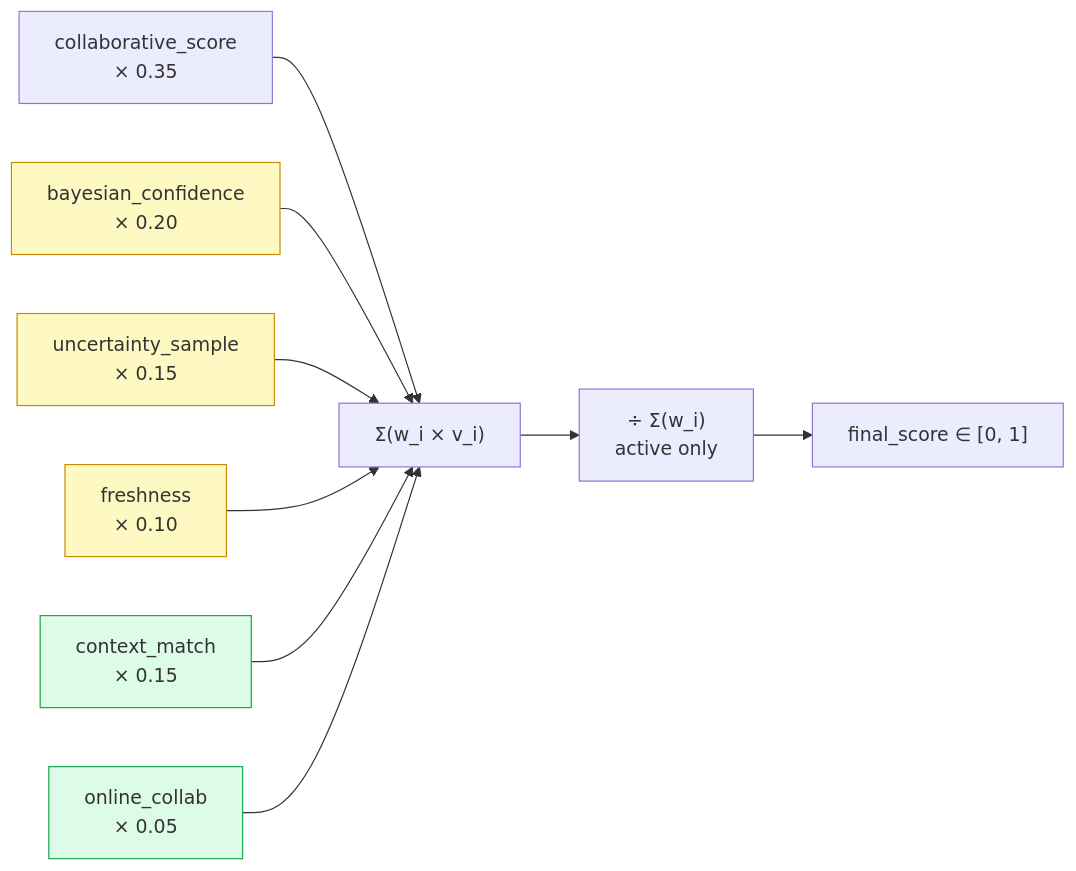
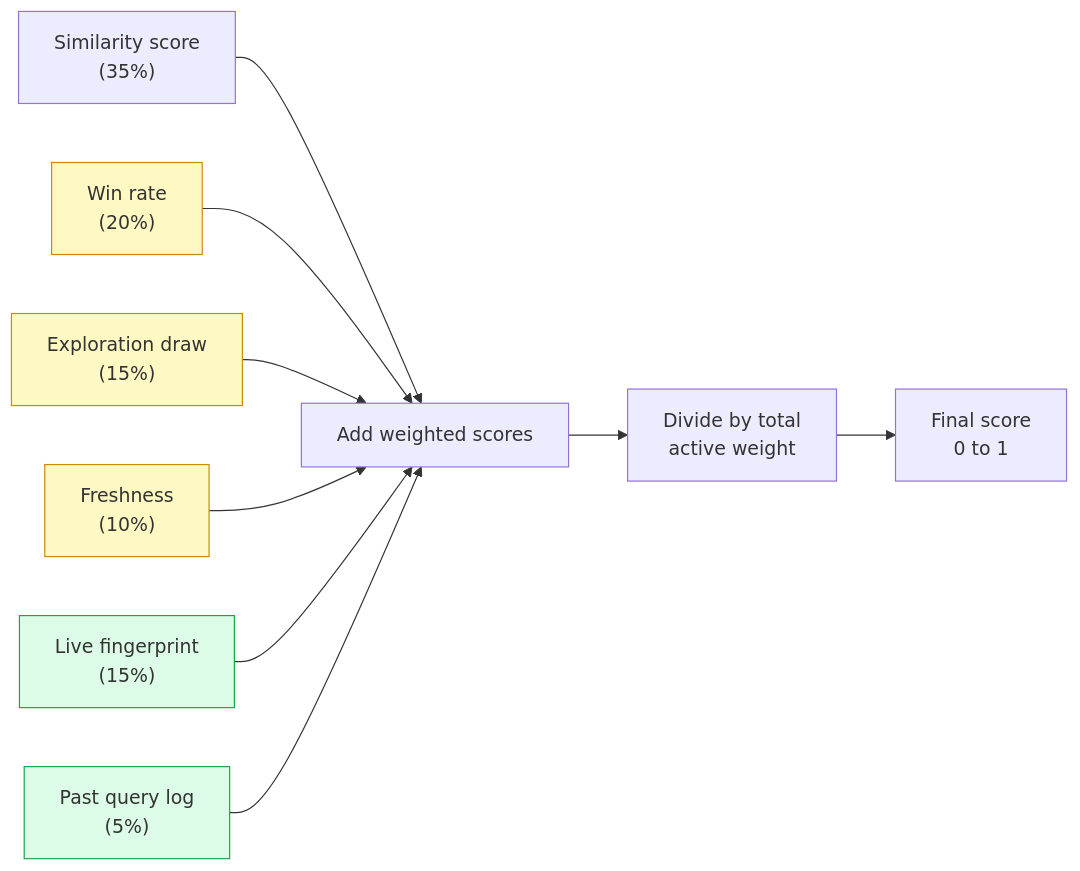
The fourth of 5 diagrams in docs/skill_recommender.md (michaelatamuk/agent_evolving), drawn with Mermaid before and after one commit. The commit also changed other lines of this file, not shown here.

````diff
--- a/docs/skill_recommender.md
+++ b/docs/skill_recommender.md
@@ -313,18 +349,18 @@
 ```mermaid
 flowchart LR
-    C0["collaborative_score\n× 0.35"] --> SUM
-    C1A["bayesian_confidence\n× 0.20"] --> SUM
-    C1B["uncertainty_sample\n× 0.15"] --> SUM
-    C2["freshness\n× 0.10"] --> SUM
-    C3A["context_match\n× 0.15"] --> SUM
-    C3B["online_collab\n× 0.05"] --> SUM
+    C0["Similarity score\n(35%)"] --> SUM
+    C1A["Win rate\n(20%)"] --> SUM
+    C1B["Exploration draw\n(15%)"] --> SUM
+    C2["Freshness\n(10%)"] --> SUM
+    C3A["Live fingerprint\n(15%)"] --> SUM
+    C3B["Past query log\n(5%)"] --> SUM
 
-    SUM["Σ(w_i × v_i)"] --> NORM["÷ Σ(w_i)\nactive only"]
-    NORM --> SCORE["final_score ∈ [0, 1]"]
+    SUM["Add weighted scores"] --> NORM["Divide by total\nactive weight"]
+    NORM --> SCORE["Final score\n0 to 1"]
 
     style C2 fill:#fef9c3,stroke:#ca8a04
     style C1A fill:#fef9c3,stroke:#ca8a04
     style C1B fill:#fef9c3,stroke:#ca8a04
     style C3A fill:#dcfce7,stroke:#16a34a
     style C3B fill:#dcfce7,stroke:#16a34a
 ```
````
